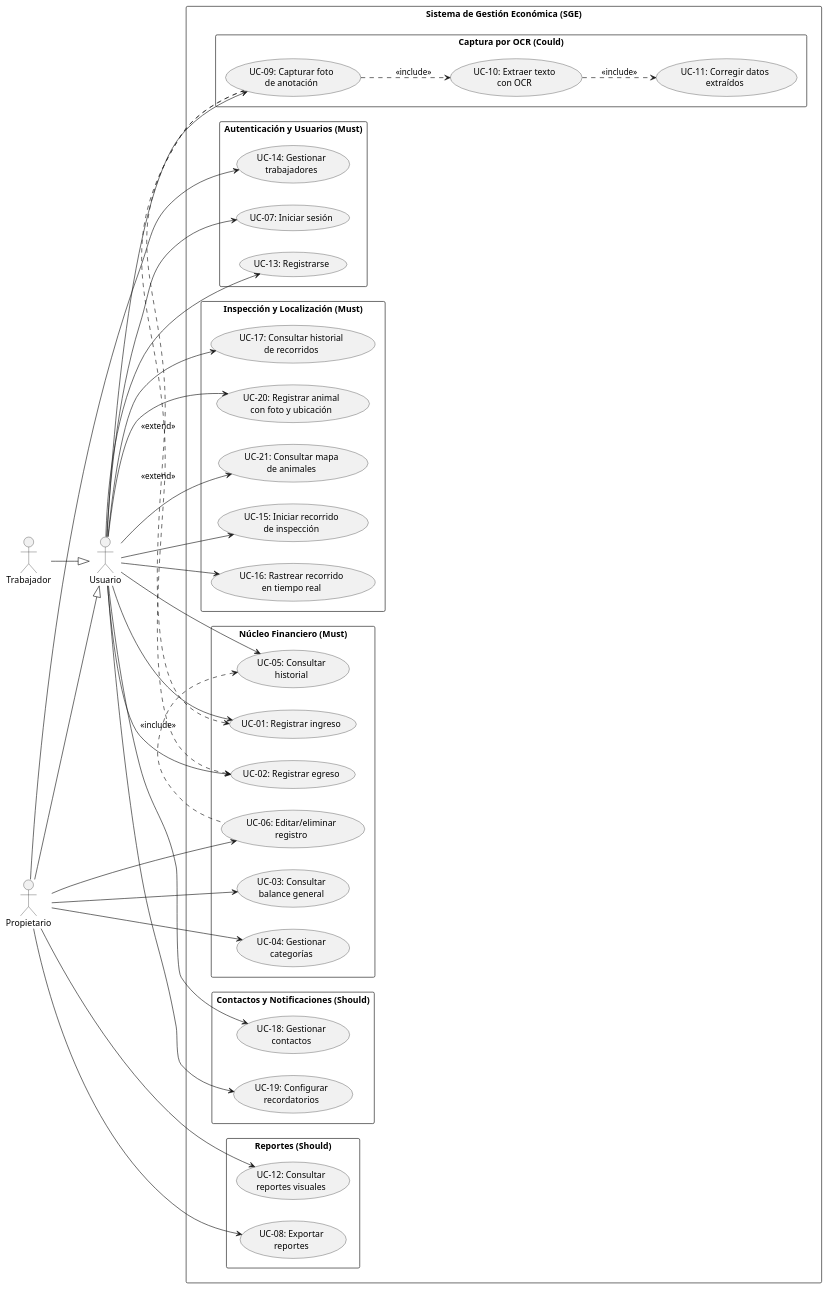
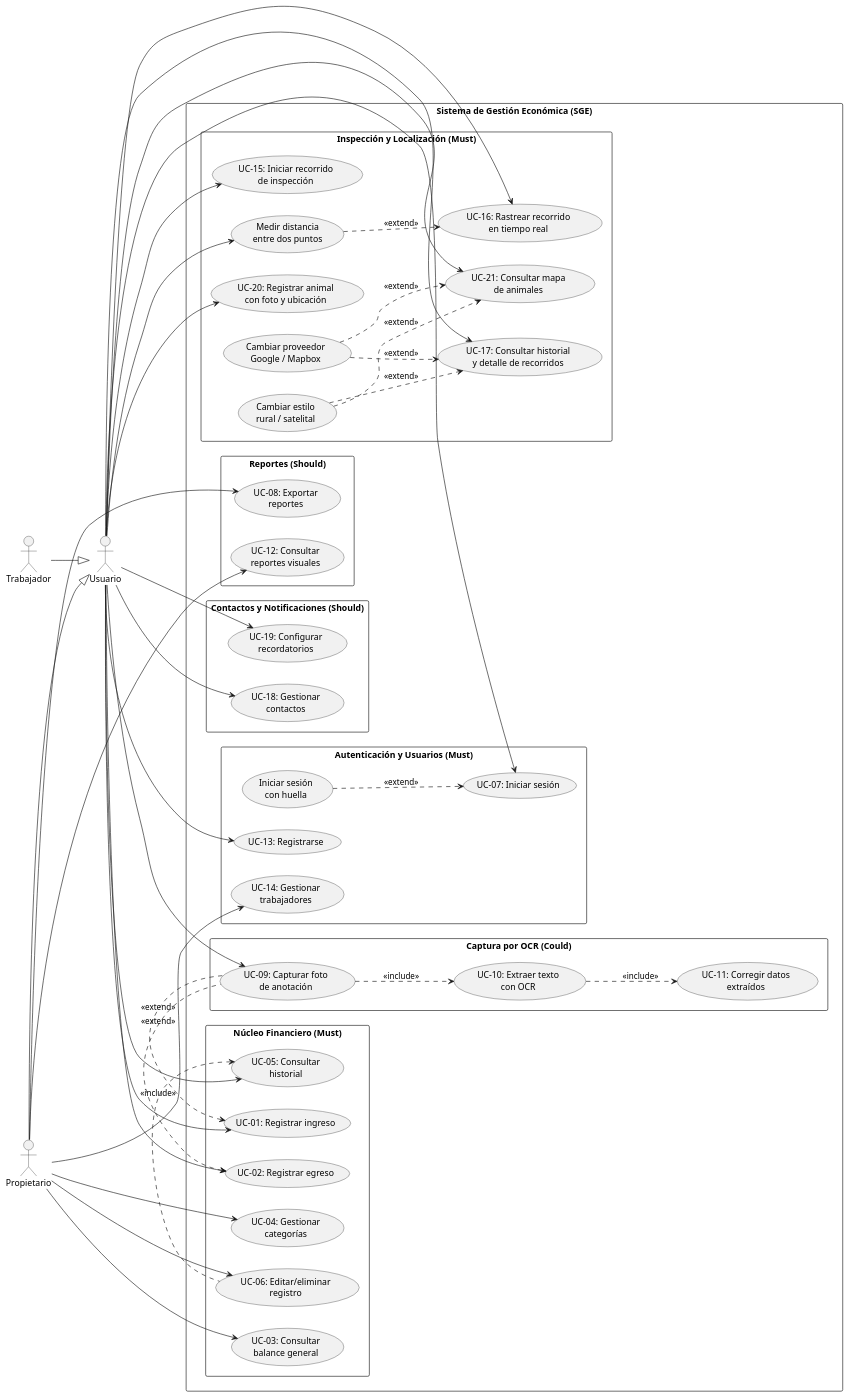
Before and after one commit to PUJ-ICM-1131/SGE: the diagram in docs/3-casos-uso-uml/casos_de_uso.md, drawn with PlantUML. The commit also changed other lines of this file and 3 other files, not shown here.

Commit message:
docs: update use case and class diagrams

````diff
--- a/docs/3-casos-uso-uml/casos_de_uso.md
+++ b/docs/3-casos-uso-uml/casos_de_uso.md
@@ -30,6 +30,7 @@
 
   package "Autenticación y Usuarios (Must)" {
     usecase "UC-07: Iniciar sesión" as UC07
+    usecase "Iniciar sesión\ncon huella" as UCBio
     usecase "UC-13: Registrarse" as UC13
     usecase "UC-14: Gestionar\ntrabajadores" as UC14
   }
@@ -46,9 +47,12 @@
   package "Inspección y Localización (Must)" {
     usecase "UC-15: Iniciar recorrido\nde inspección" as UC15
     usecase "UC-16: Rastrear recorrido\nen tiempo real" as UC16
-    usecase "UC-17: Consultar historial\nde recorridos" as UC17
+    usecase "UC-17: Consultar historial\ny detalle de recorridos" as UC17
+    usecase "Medir distancia\nentre dos puntos" as UCMeasure
     usecase "UC-20: Registrar animal\ncon foto y ubicación" as UC20
     usecase "UC-21: Consultar mapa\nde animales" as UC21
+    usecase "Cambiar proveedor\nGoogle / Mapbox" as UCMaps
+    usecase "Cambiar estilo\nrural / satelital" as UCStyle
   }
 
   package "Reportes (Should)" {
@@ -78,6 +82,7 @@
 user --> UC15
 user --> UC16
 user --> UC17
+user --> UCMeasure
 user --> UC20
 user --> UC21
 user --> UC18
@@ -99,6 +104,12 @@
 
 UC09 .left.> UC01 : <<extend>>
 UC09 .left.> UC02 : <<extend>>
+UCBio ..> UC07 : <<extend>>
+UCMaps ..> UC21 : <<extend>>
+UCMaps ..> UC17 : <<extend>>
+UCStyle ..> UC21 : <<extend>>
+UCStyle ..> UC17 : <<extend>>
+UCMeasure ..> UC16 : <<extend>>
 
 @enduml
 ```
````
